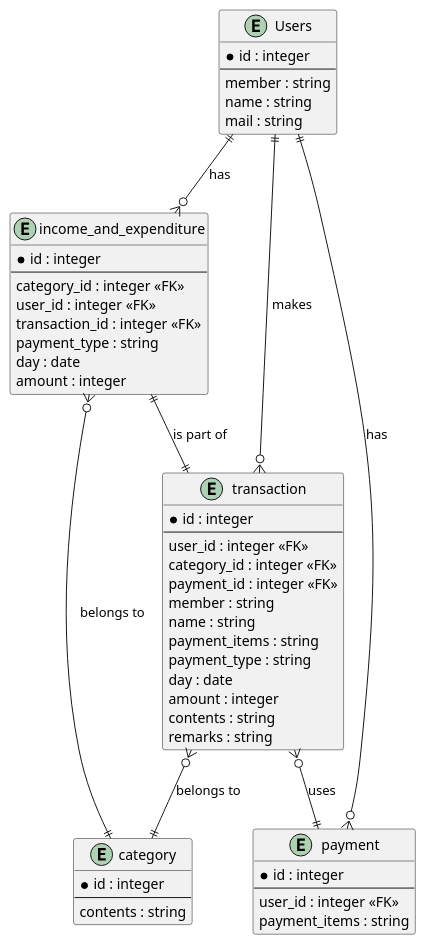
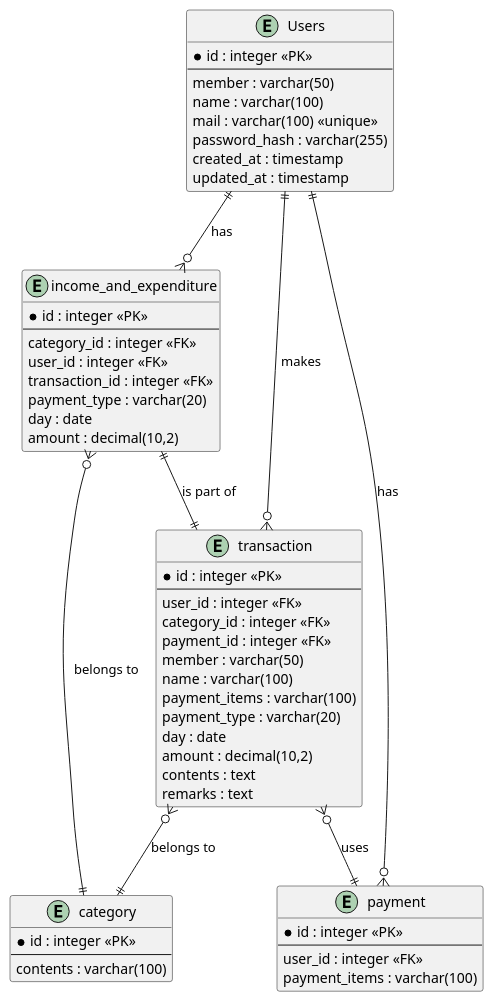
The diagram in docs/BasicDesign/er.pu (milbon-milbon/Household-accounting-app), drawn with PlantUML before and after one commit. The commit also changed 1 other file, not shown here.

Commit message:
docs-ER図訂正・テーブル定義書追加

```diff
--- a/docs/BasicDesign/er.pu
+++ b/docs/BasicDesign/er.pu
@@ -1,59 +1,62 @@
-@startuml app
+@startuml
+
 entity "Users" {
-  *id : integer
+  *id : integer <<PK>>
   --
-  member : string
-  name : string
-  mail : string
+  member : varchar(50)
+  name : varchar(100)
+  mail : varchar(100) <<unique>>
+  password_hash : varchar(255)
+  created_at : timestamp
+  updated_at : timestamp
 }
 
 entity "income_and_expenditure" {
-  *id : integer
+  *id : integer <<PK>>
   --
   category_id : integer <<FK>>
   user_id : integer <<FK>>
   transaction_id : integer <<FK>>
-  payment_type : string
+  payment_type : varchar(20)
   day : date
-  amount : integer
+  amount : decimal(10,2)
 }
 
 entity "category" {
-  *id : integer
+  *id : integer <<PK>>
   --
-  contents : string
+  contents : varchar(100)
 }
 
 entity "payment" {
-  *id : integer
+  *id : integer <<PK>>
   --
   user_id : integer <<FK>>
-  payment_items : string
+  payment_items : varchar(100)
 }
 
 entity "transaction" {
-  *id : integer
+  *id : integer <<PK>>
   --
   user_id : integer <<FK>>
   category_id : integer <<FK>>
   payment_id : integer <<FK>>
-  member : string
-  name : string
-  payment_items : string
-  payment_type : string
+  member : varchar(50)
+  name : varchar(100)
+  payment_items : varchar(100)
+  payment_type : varchar(20)
   day : date
-  amount : integer
-  contents : string
-  remarks : string
+  amount : decimal(10,2)
+  contents : text
+  remarks : text
 }
 
 Users ||--o{ income_and_expenditure : has
 Users ||--o{ payment : has
 Users ||--o{ transaction : makes
+income_and_expenditure }o--|| category : "belongs to"
+income_and_expenditure ||--|| transaction : "is part of"
+transaction }o--|| category : "belongs to"
+transaction }o--|| payment : uses
 
-income_and_expenditure }o--|| category : belongs to
-income_and_expenditure ||--|| transaction : is part of
-
-transaction }o--|| category : belongs to
-transaction }o--|| payment : uses
 @enduml
```
